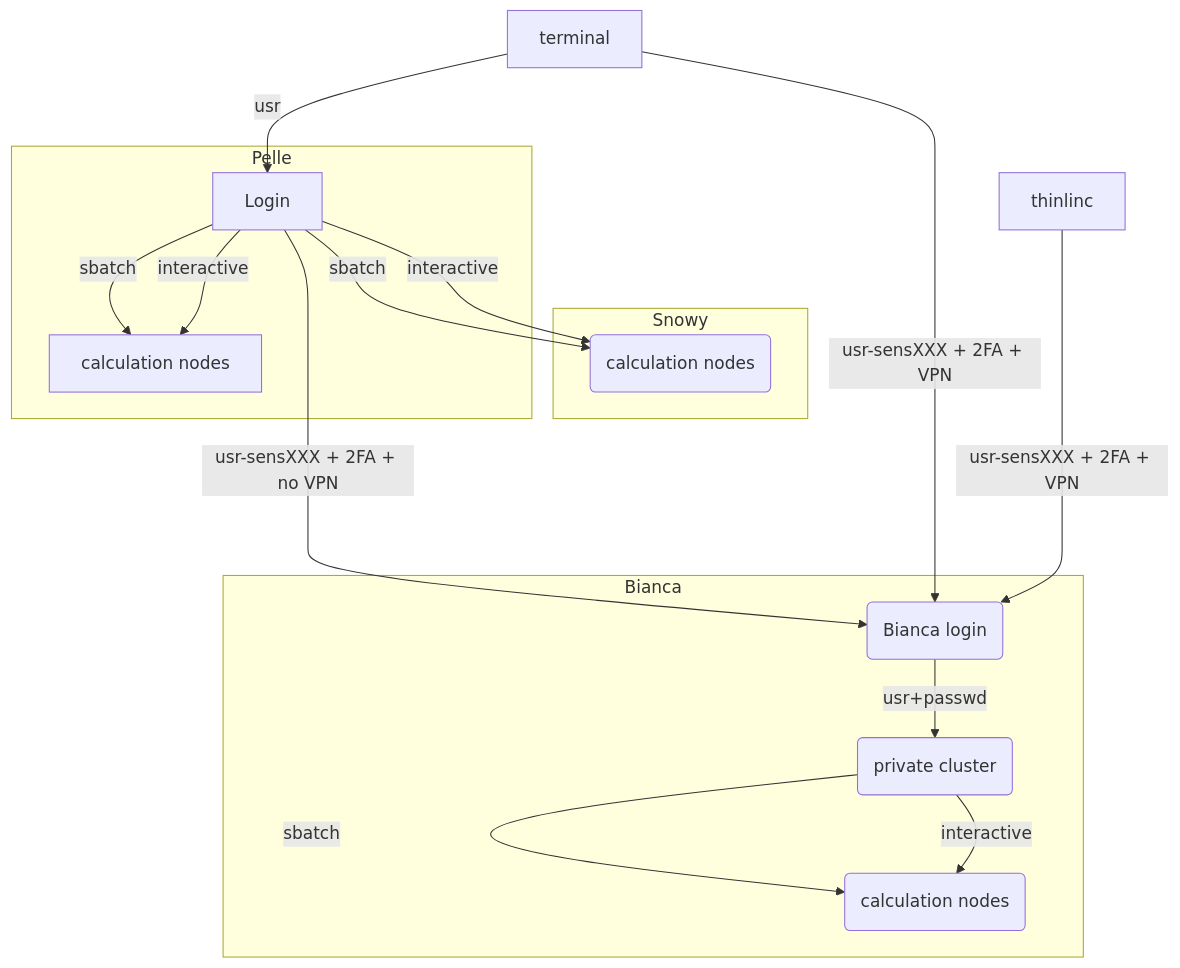
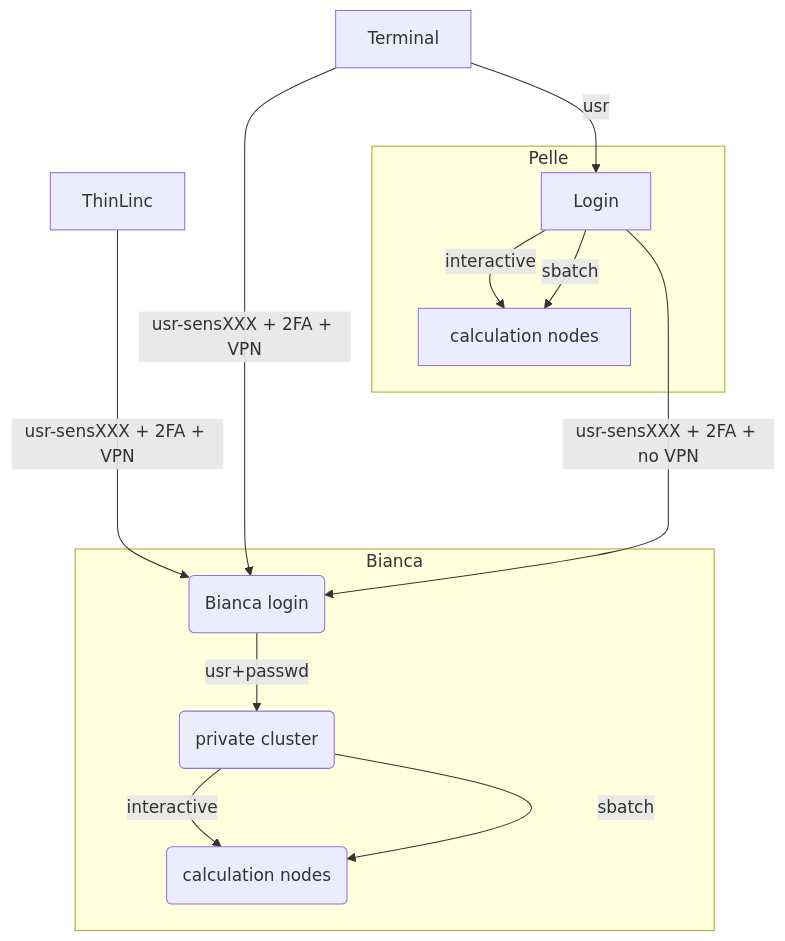
The second of 2 diagrams in docs/cluster_guides/uppmax_cluster.md (UPPMAX/UPPMAX-documentation), drawn with Mermaid before and after one commit.

Commit message:
Remove Snowy

````diff
--- a/docs/cluster_guides/uppmax_cluster.md
+++ b/docs/cluster_guides/uppmax_cluster.md
@@ -223,26 +223,21 @@
 ```mermaid
+graph TB
+    thinlinc[ThinLinc]
+    terminal[Terminal]
 
-  graph TB
+    thinlinc -- usr-sensXXX + 2FA + VPN ----> SubGraph1Flow
+    terminal -- usr --> Node1
+    terminal -- usr-sensXXX + 2FA + VPN ----> SubGraph1Flow
+    Node1 -- usr-sensXXX + 2FA + no VPN ----> SubGraph1Flow
 
-  Node1 -- interactive --> SubGraph2Flow
-  Node1 -- sbatch --> SubGraph2Flow
-  subgraph "Snowy"
-  SubGraph2Flow(calculation nodes)
-        end
+    subgraph "Bianca"
+    SubGraph1Flow(Bianca login) -- usr+passwd --> private(private cluster)
+    private -- interactive --> calcB(calculation nodes)
+    private -- sbatch --> calcB
+    end
 
-        thinlinc -- usr-sensXXX + 2FA + VPN ----> SubGraph1Flow
-        terminal -- usr --> Node1
-        terminal -- usr-sensXXX + 2FA + VPN ----> SubGraph1Flow
-        Node1 -- usr-sensXXX + 2FA + no VPN ----> SubGraph1Flow
-
-        subgraph "Bianca"
-        SubGraph1Flow(Bianca login) -- usr+passwd --> private(private cluster)
-        private -- interactive --> calcB(calculation nodes)
-        private -- sbatch --> calcB
-        end
-
-        subgraph "Pelle"
-        Node1[Login] -- interactive --> Node2[calculation nodes]
-        Node1 -- sbatch --> Node2
-        end
+    subgraph "Pelle"
+    Node1[Login] -- interactive --> Node2[calculation nodes]
+    Node1 -- sbatch --> Node2
+    end
 ```
````
